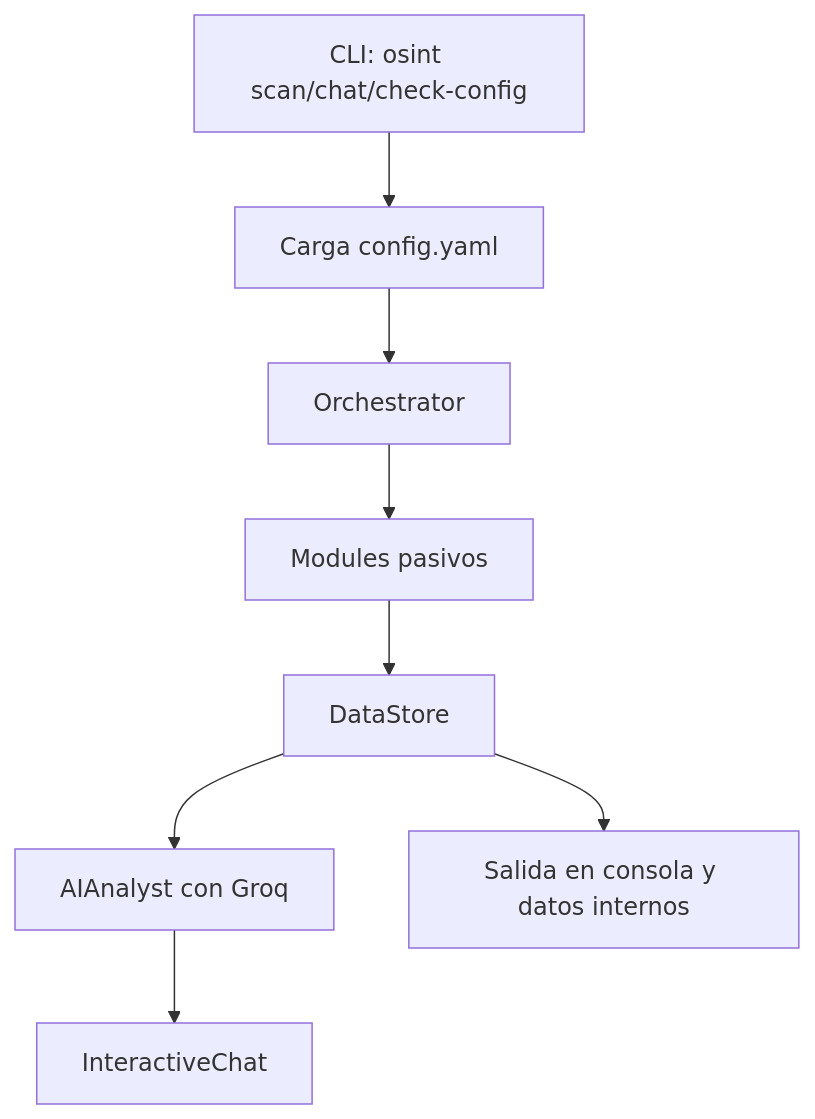
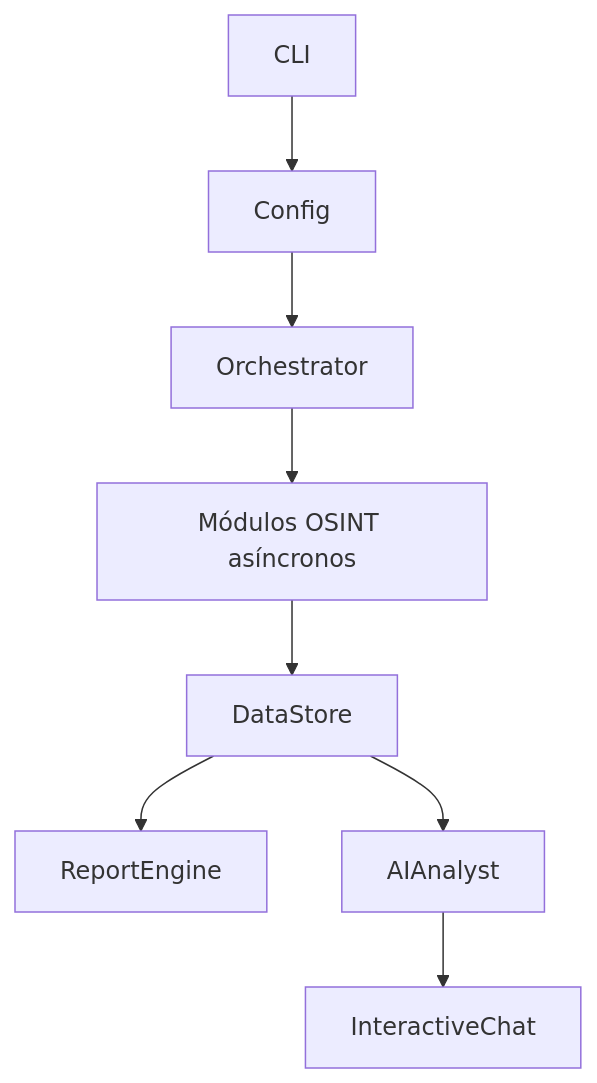
Before and after one commit to 0xAudit-Path/osint-framework: the diagram in README.md, drawn with Mermaid. The commit also changed other lines of this file, not shown here.

````diff
--- a/README.md
+++ b/README.md
@@ -15,10 +156,10 @@
 ```mermaid
 flowchart TD
-    A[CLI: osint scan/chat/check-config] --> B[Carga config.yaml]
+    A[CLI] --> B[Config]
     B --> C[Orchestrator]
-    C --> D[Modules pasivos]
+    C --> D[Módulos OSINT asíncronos]
     D --> E[DataStore]
-    E --> F[AIAnalyst con Groq]
-    F --> G[InteractiveChat]
-    E --> H[Salida en consola y datos internos]
+    E --> F[ReportEngine]
+    E --> G[AIAnalyst]
+    G --> H[InteractiveChat]
 ```
````
